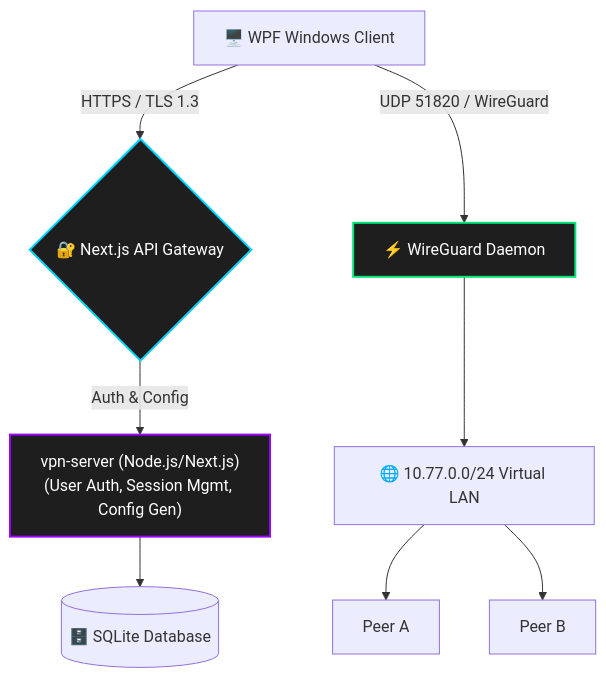
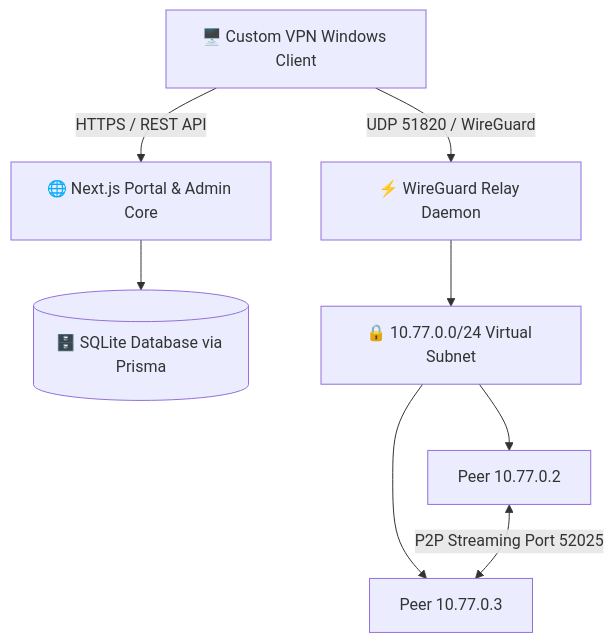
The diagram in README.md (ali38958/Custom-VPN), drawn with Mermaid before and after one commit. The commit also changed other lines of this file and 20 other files, not shown here.

````diff
--- a/README.md
+++ b/README.md
@@ -28,17 +31,12 @@
 ```mermaid
 graph TD
-    Client[🖥️ WPF Windows Client] -->|HTTPS / TLS 1.3| Gateway{🔐 Next.js API Gateway}
+    Client[🖥️ Custom VPN Windows Client] -->|HTTPS / REST API| WebServer[🌐 Next.js Portal & Admin Core]
+    WebServer --> DB[(🗄️ SQLite Database via Prisma)]
     
-    Gateway -->|Auth & Config| ServerAPI["vpn-server (Node.js/Next.js)<br/>(User Auth, Session Mgmt, Config Gen)"]
-    ServerAPI --> DB[(🗄️ SQLite Database)]
+    Client -->|UDP 51820 / WireGuard| WGDaemon[⚡ WireGuard Relay Daemon]
+    WGDaemon --> Subnet[🔒 10.77.0.0/24 Virtual Subnet]
     
-    Client -->|UDP 51820 / WireGuard| WGServer[⚡ WireGuard Daemon]
-    WGServer --> VirtualSubnet[🌐 10.77.0.0/24 Virtual LAN]
-    
-    VirtualSubnet --> PeerA[Peer A]
-    VirtualSubnet --> PeerB[Peer B]
-    
-    style Gateway fill:#1e1e1e,stroke:#00d2ff,stroke-width:2px,color:#fff
-    style ServerAPI fill:#1e1e1e,stroke:#9d00ff,stroke-width:2px,color:#fff
-    style WGServer fill:#1e1e1e,stroke:#00e676,stroke-width:2px,color:#fff
+    Subnet --> Peer1[Peer 10.77.0.2]
+    Subnet --> Peer2[Peer 10.77.0.3]
+    Peer1 <-->|P2P Streaming Port 52025| Peer2
 ```
````
